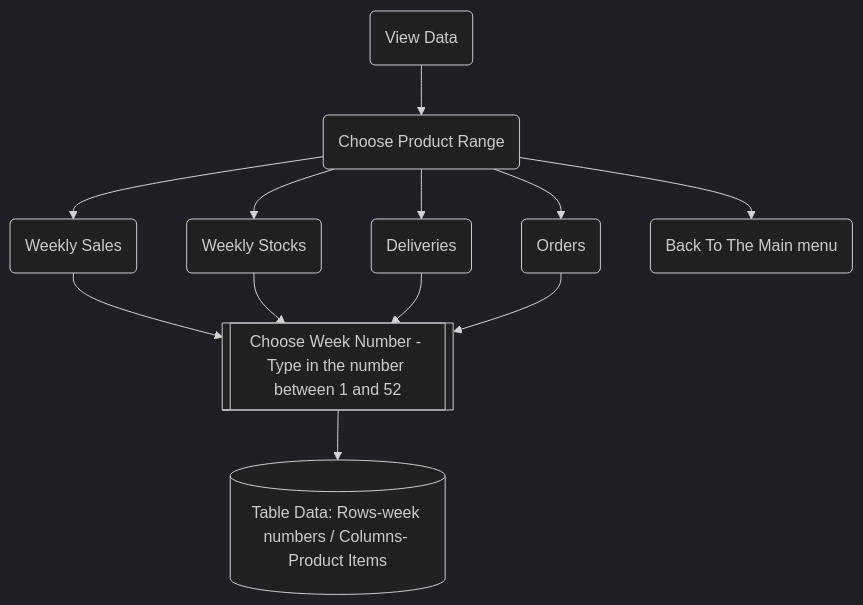
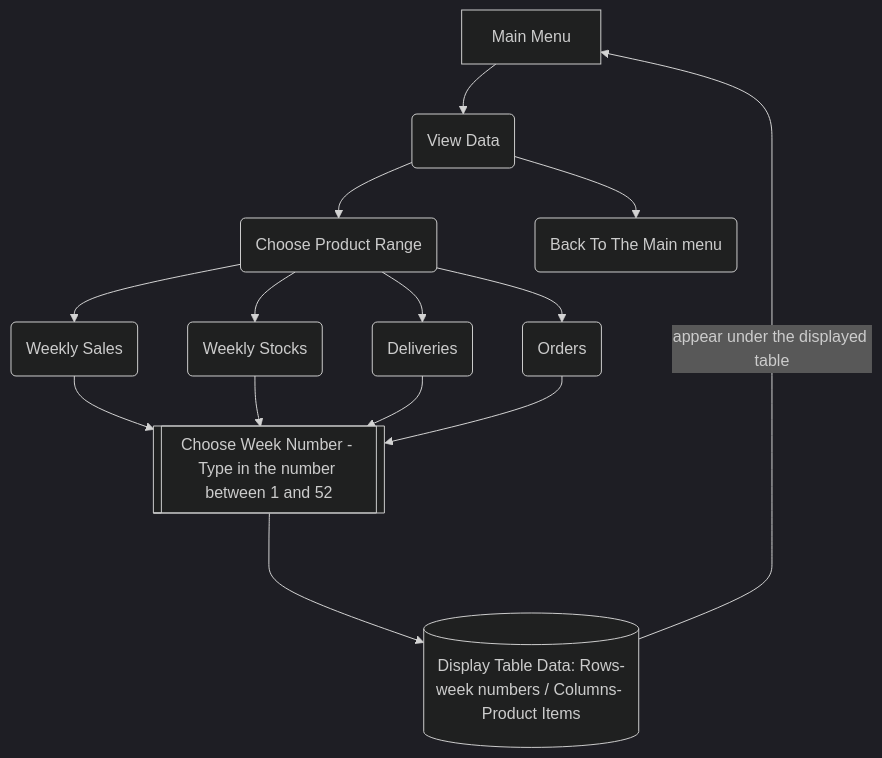
The second of 4 diagrams in README.md (Mykola-CI/forward-stock-plan), drawn with Mermaid (dark theme) before and after one commit. The commit also changed other lines of this file, not shown here.

Commit message:
Update readme. More charts

````diff
--- a/README.md
+++ b/README.md
@@ -113,14 +114,16 @@
 ```mermaid
 flowchart TB
+A[Main Menu]-->AB(View data)
 AB(View Data)-->ABP(Choose Product Range)
 ABP-->WS(Weekly Sales)
 ABP-->WSt(Weekly Stocks)
 ABP-->D(Deliveries)
 ABP-->O(Orders)
-ABP-->B(Back To The Main menu)
+AB-->B(Back To The Main menu)
 WS-->W[[Choose Week Number - Type in the number between 1 and 52]]
 WSt-->W
 D-->W
 O-->W
-W-->TD[(Table Data: Rows-week numbers / Columns- Product Items)]
+W--->TD[(Display Table Data: Rows-week numbers / Columns- Product Items)]
+TD--appear under the displayed table-->A
 ```
````
